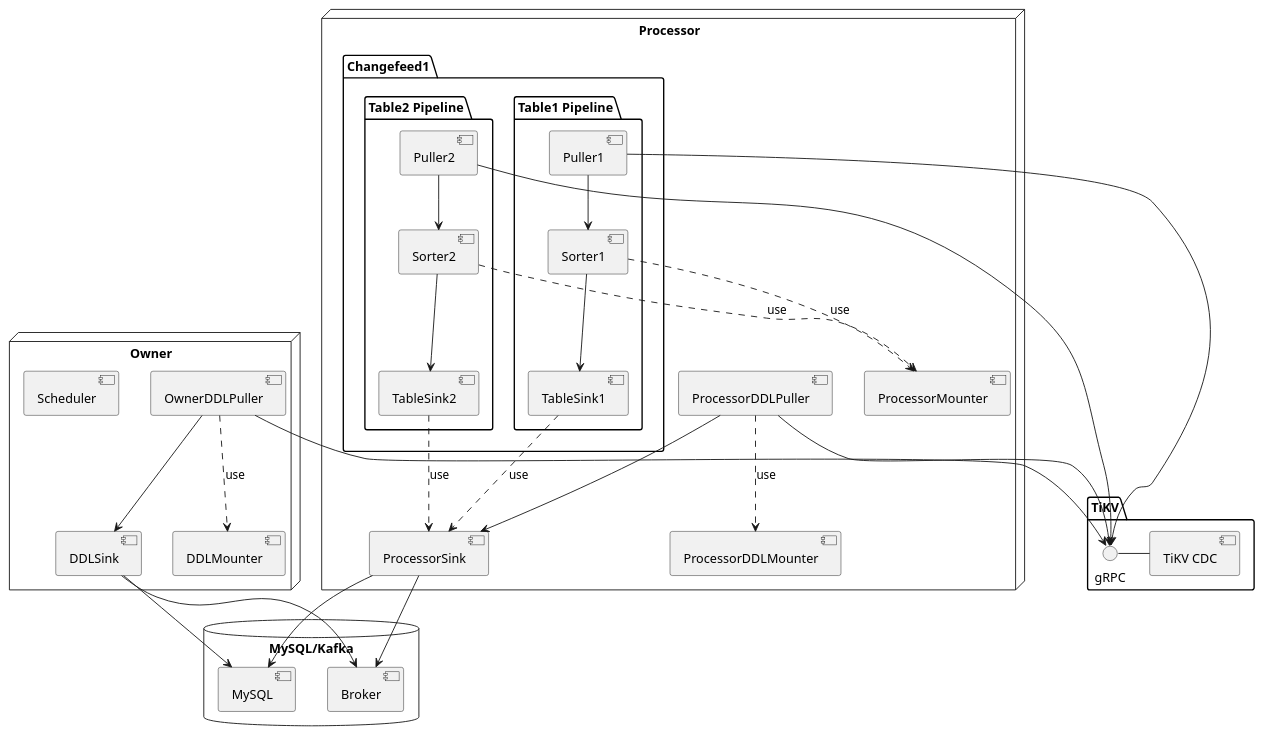
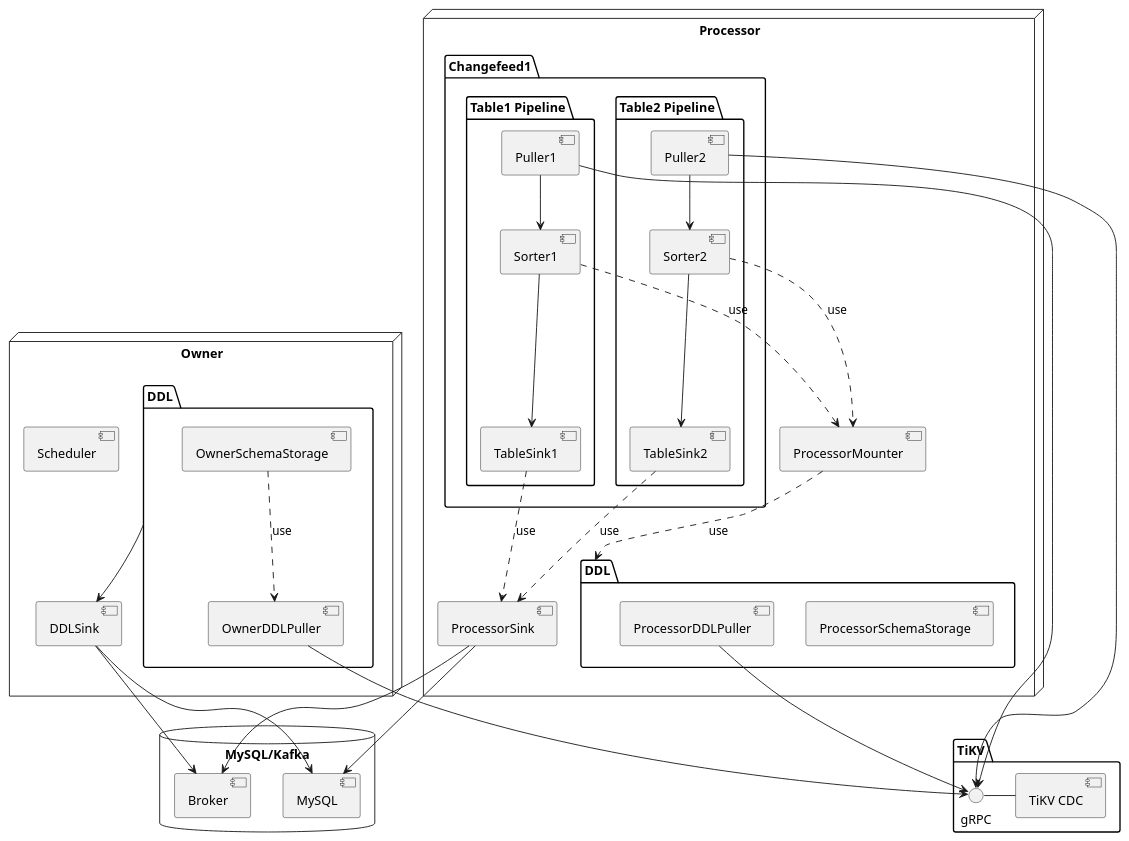
Before and after one commit to Rustin170506/ticdc-sink.slide: the first of 10 diagrams in slides.md, drawn with PlantUML. The commit also changed other lines of this file, not shown here.

Commit message:
Better graph and conent

````diff
--- a/slides.md
+++ b/slides.md
@@ -80,56 +80,59 @@
-```plantuml {scale: 0.9}
+```plantuml {scale: 0.8}
 @startuml
 
 package "TiKV" {
   gRPC - [TiKV CDC]
 }
 
 node "Owner" {
-  [OwnerDDLPuller] --> [gRPC]
+  [Scheduler]
   [DDLSink]
-  [DDLMounter]
-  [Scheduler]
+  package "DDL" as DDL1 {
+    [OwnerSchemaStorage]
+    [OwnerDDLPuller] --> [gRPC]
+  }
 }
 
 node "Processor" {
-  [ProcessorDDLPuller] --> [gRPC]
-  [ProcessorDDLMounter]
   [ProcessorMounter]
   [ProcessorSink]
+  package "DDL" as DDL2 {
+    [ProcessorSchemaStorage]
+    [ProcessorDDLPuller] --> [gRPC]
+  }
   package "Changefeed1" {
     package "Table1 Pipeline" {
       [Puller1] --> [gRPC]
       [Sorter1]
       [TableSink1]
     }
     package "Table2 Pipeline" {
       [Puller2] --> [gRPC]
       [Sorter2]
       [TableSink2]
     }
   }
 }
 
 database "MySQL/Kafka" {
   [MySQL]
   [Broker]
 }
 
 [DDLSink] --> [MySQL]
 [DDLSink] --> [Broker]
-[OwnerDDLPuller] --> [DDLSink]
-[OwnerDDLPuller] ..> [DDLMounter] : use
+DDL1 --> [DDLSink]
+[OwnerSchemaStorage] ..> [OwnerDDLPuller] : use
 [ProcessorSink] --> [MySQL]
 [ProcessorSink] --> [Broker]
 [Sorter1] ..> [ProcessorMounter] : use
 [Sorter2] ..> [ProcessorMounter] : use
 [TableSink1] ..> [ProcessorSink] : use
 [TableSink2] ..> [ProcessorSink] : use
-[ProcessorDDLPuller] --> [ProcessorSink]
-[ProcessorDDLPuller] ..> [ProcessorDDLMounter] : use
+[ProcessorMounter] ..> DDL2 : use
 [Puller1] --> [Sorter1]
 [Sorter1] --> [TableSink1]
 [Puller2] --> [Sorter2]
 [Sorter2] --> [TableSink2]
 @enduml
 ```
````
